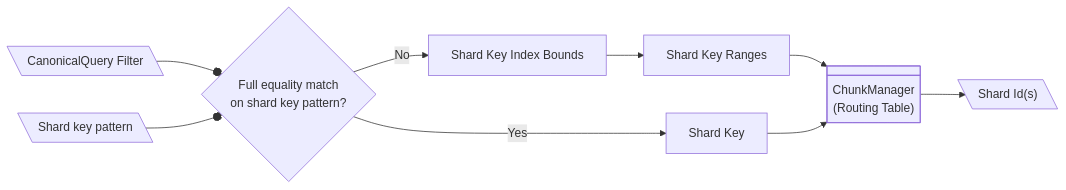
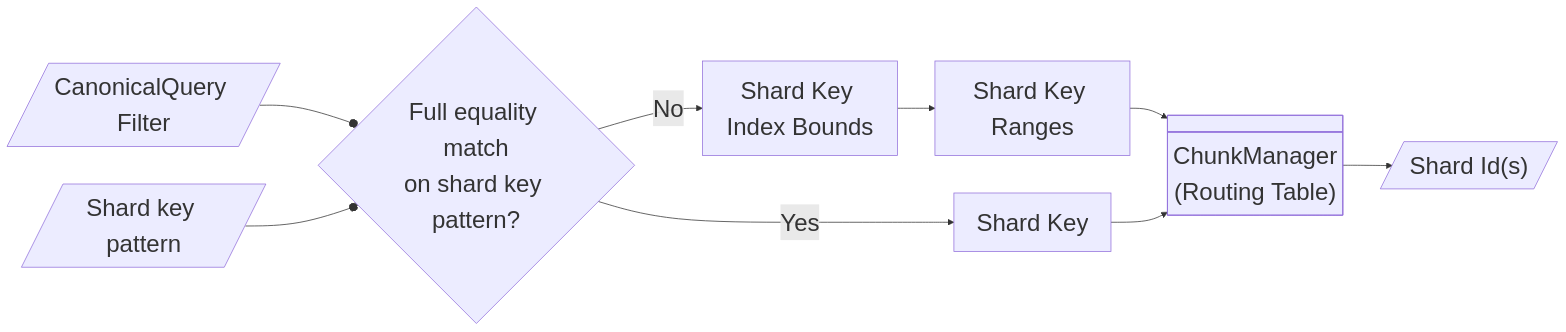
Before and after one commit to MitsukiSUGITA/my_mongoDB: the second of 2 diagrams in src/mongo/s/query/planner/README.md, drawn with Mermaid. The commit also changed other lines of this file and 8 other files, not shown here.

````diff
--- a/src/mongo/s/query/planner/README.md
+++ b/src/mongo/s/query/planner/README.md
@@ -288,23 +288,27 @@
 ```mermaid
+---
+config:
+  themeVariables:
+    fontSize: 32px
+---
 flowchart LR
-
 %% Definitions
-    A1@{shape: "lean-l", label: "CanonicalQuery Filter"}
-    A2@{shape: "lean-l", label: "Shard key pattern"}
+    A1@{shape: "lean-r", label: "CanonicalQuery Filter"}
+    A2@{shape: "lean-r", label: "Shard key pattern"}
     B@{ shape: div-rect, label: "ChunkManager<br>(Routing Table)" }
     C["Shard Key"]
     D@{shape: "diamond", label: Full equality match<br>on shard key pattern?}
     E["Shard Key Index Bounds"]
     G["Shard Key Ranges"]
-    H@{ shape: lean-l, label: "Shard Id(s)" }
+    H@{ shape: lean-r, label: "Shard Id(s)" }
 
 %% Workflow
     A1 --o D
     A2 --o D
     D --> |No|E
     E --> G
     G --> B
     B --> H
     D --> |Yes| C
     C --> B
 ```
````
